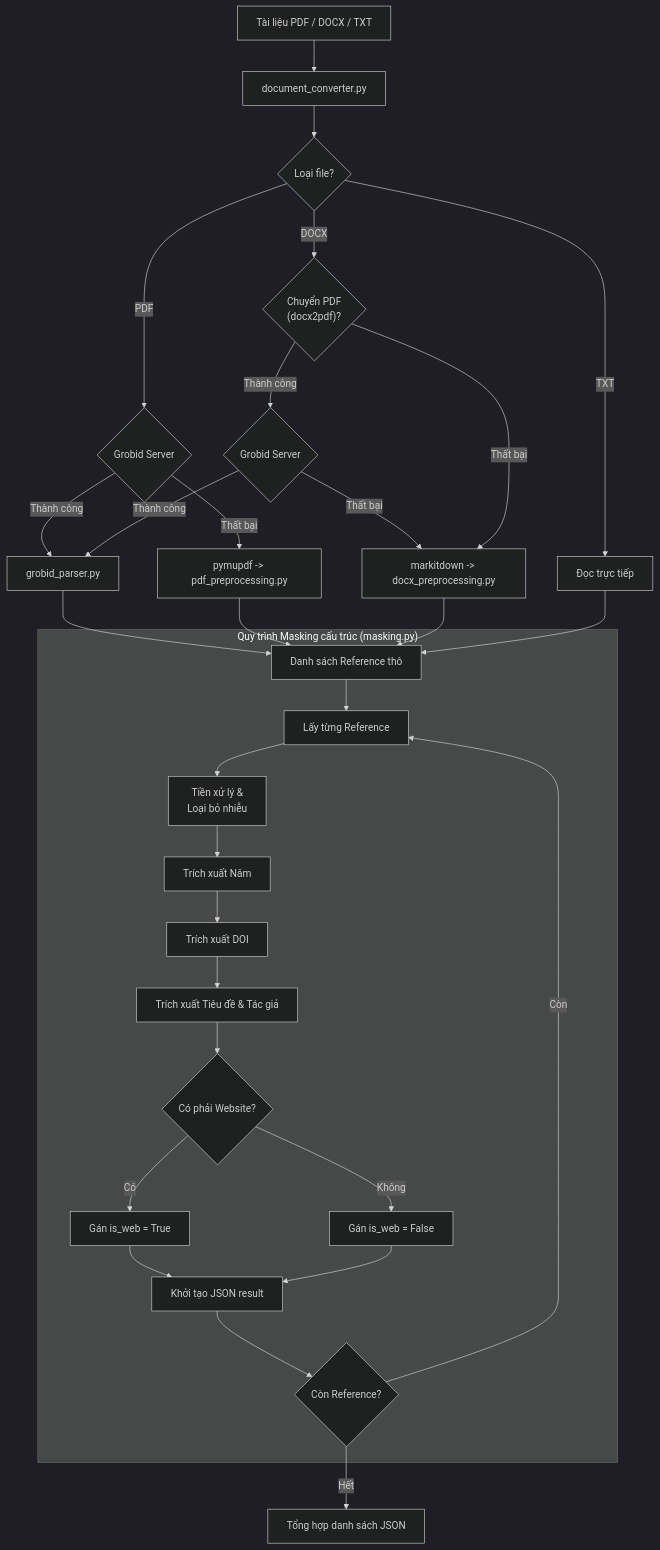
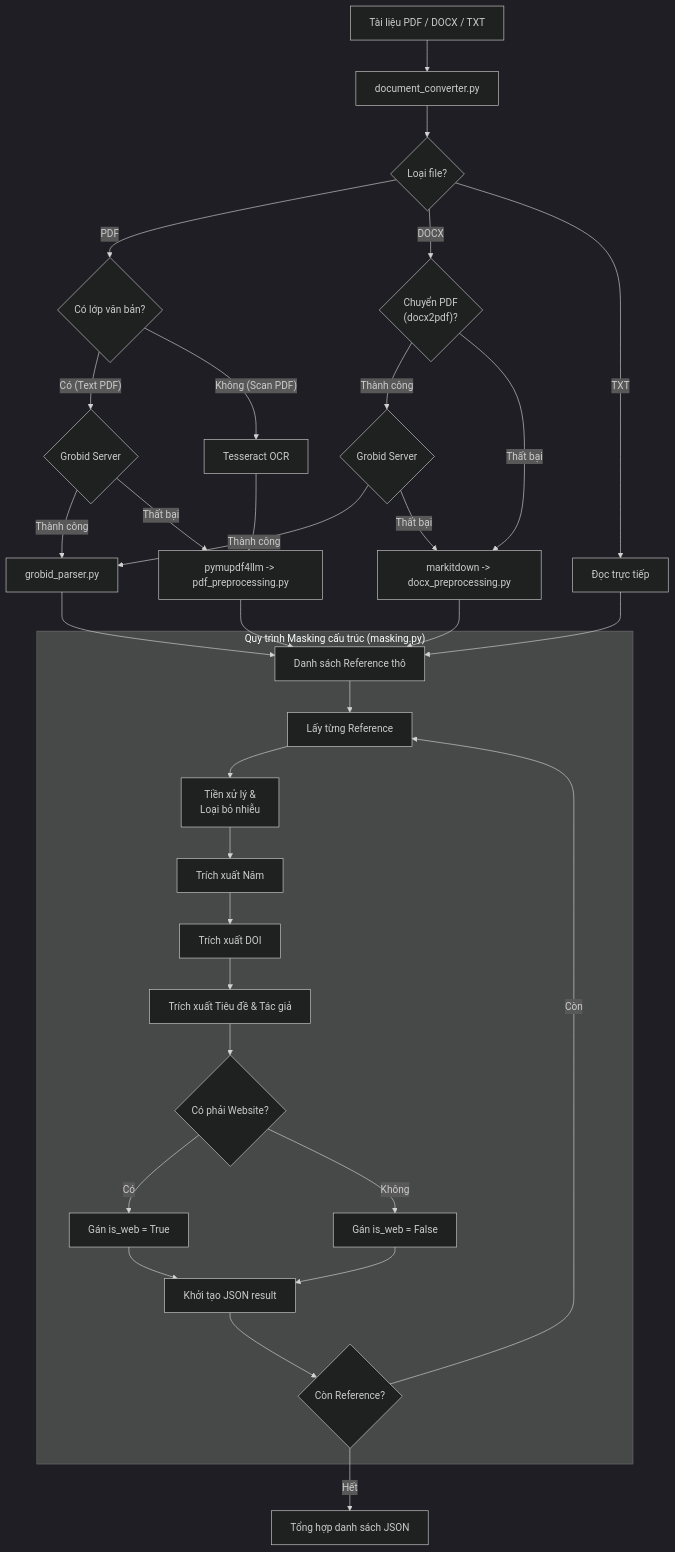
One commit to Jakiduy1410/DOI_checking changed the first of 2 diagrams in README.md. Above: the diagram before and after it, drawn with Mermaid (dark theme). The commit also changed other lines of this file and 1 other file, not shown here.

Commit message:
feat: implement document processing pipeline to extract and validate DOI references from PDF, DOCX, and TXT files

````diff
--- a/README.md
+++ b/README.md
@@ -156,39 +162,44 @@
 ```mermaid
 flowchart TD
     A["Tài liệu PDF / DOCX / TXT"] --> B["document_converter.py"]
     B --> C{Loại file?}
     
-    C -- "PDF" --> D{Grobid Server}
-    D -- "Thành công" --> G1["grobid_parser.py"]
-    D -- "Thất bại" --> G2["pymupdf -> pdf_preprocessing.py"]
+    C -- "PDF" --> D{Có lớp văn bản?}
+    
+    D -- "Có (Text PDF)" --> D1{Grobid Server}
+    D1 -- "Thành công" --> G1["grobid_parser.py"]
+    D1 -- "Thất bại" --> G2["pymupdf4llm -> pdf_preprocessing.py"]
+    
+    D -- "Không (Scan PDF)" --> D2["Tesseract OCR"]
+    D2 --> G2
     
     C -- "DOCX" --> E1{"Chuyển PDF<br/>(docx2pdf)?"}
     E1 -- "Thành công" --> E2{Grobid Server}
     E2 -- "Thành công" --> G1
     E2 -- "Thất bại" --> E3["markitdown -> docx_preprocessing.py"]
     E1 -- "Thất bại" --> E3
     
     C -- "TXT" --> F["Đọc trực tiếp"]
 
     G1 --> Q
     G2 --> Q
     E3 --> Q
     F --> Q
 
     subgraph masking_process ["Quy trình Masking cấu trúc (masking.py)"]
         Q["Danh sách Reference thô"] --> R["Lấy từng Reference"]
         R --> S["Tiền xử lý &<br/>Loại bỏ nhiễu"]
         S --> T["Trích xuất Năm"]
         T --> U["Trích xuất DOI"]
         U --> V["Trích xuất Tiêu đề & Tác giả"]
         V --> W{"Có phải Website?"}
         W -- "Có" --> X["Gán is_web = True"]
         W -- "Không" --> Y["Gán is_web = False"]
         X --> Z["Khởi tạo JSON result"]
         Y --> Z
         Z --> AA{Còn Reference?}
         AA -- "Còn" --> R
     end
 
     AA -- "Hết" --> AB["Tổng hợp danh sách JSON"]
 ```
````
